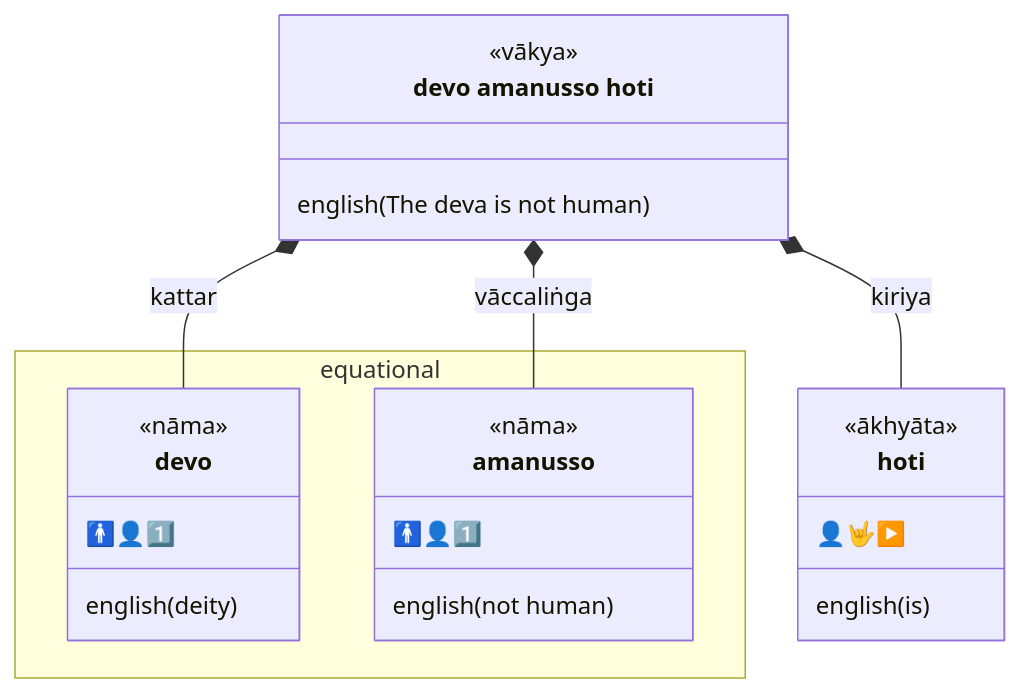
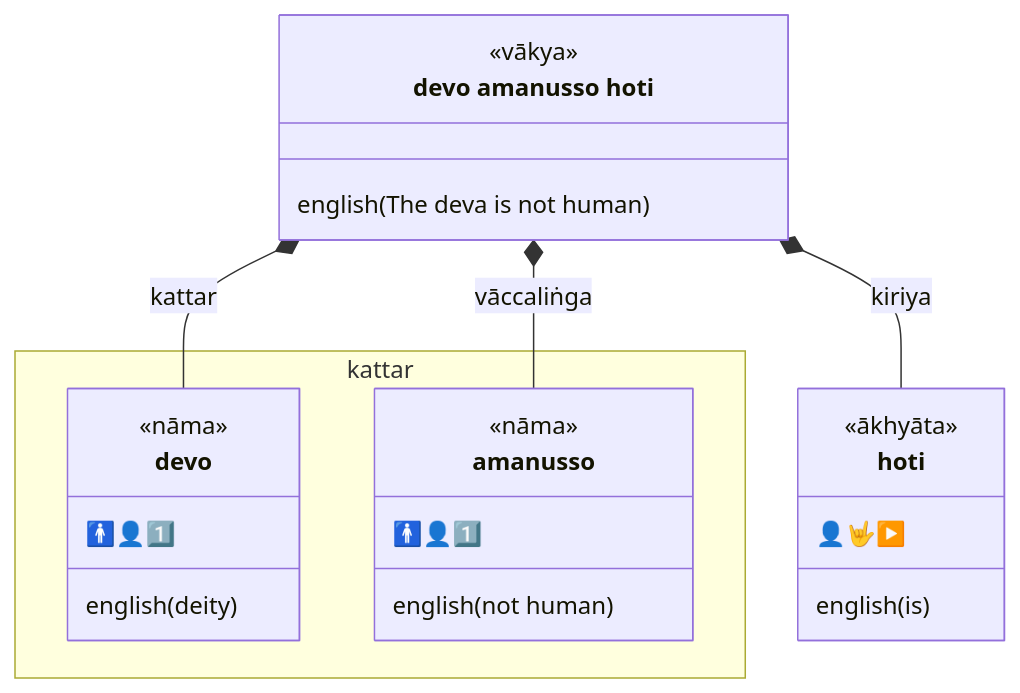
One commit to ChristineTham/buddhavacana changed the first of 43 diagrams in content/en/docs/Pali/sentences.md. Above: the diagram before and after it, drawn with Mermaid. The commit also changed other lines of this file and 4 other files, not shown here.

````diff
--- a/content/en/docs/Pali/sentences.md
+++ b/content/en/docs/Pali/sentences.md
@@ -54,27 +59,27 @@
 ```mermaid
 classDiagram
   class sentence["devo amanusso hoti"] {
     <<vākya>>
     english(The deva is not human)
   }
-  namespace equational {
+  namespace kattar {
     class devo {
       <<nāma>>
       🚹👤1️⃣
       english(deity)
     }
     class amanusso {
       <<nāma>>
       🚹👤1️⃣
       english(not human)
     }
   }
   class hoti {
     <<ākhyāta>>
      👤🤟▶️
     english(is)
   }
   sentence *-- devo : kattar
   sentence *-- amanusso : vāccaliṅga
   sentence *-- hoti: kiriya
 ```
````
